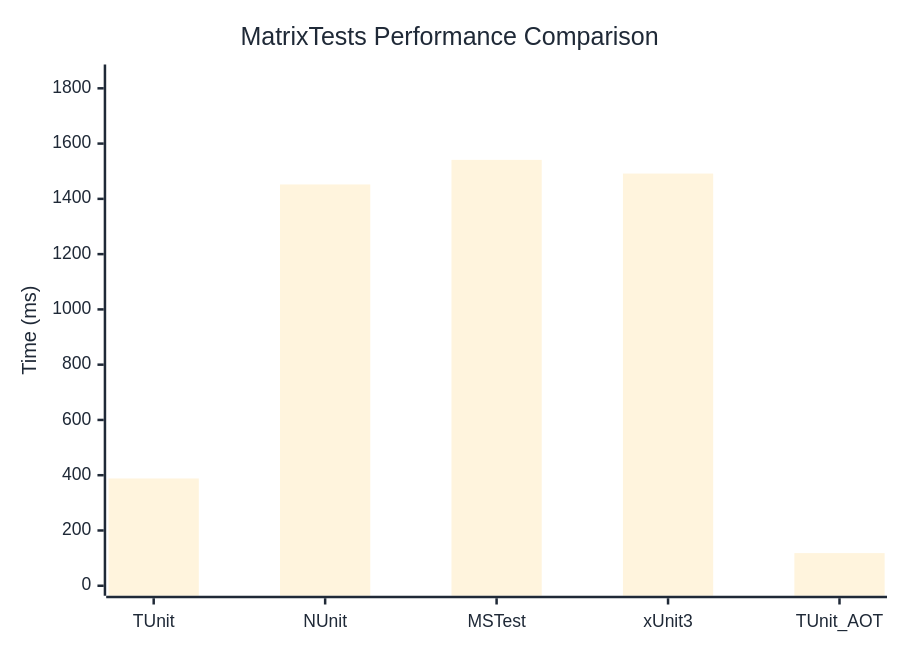
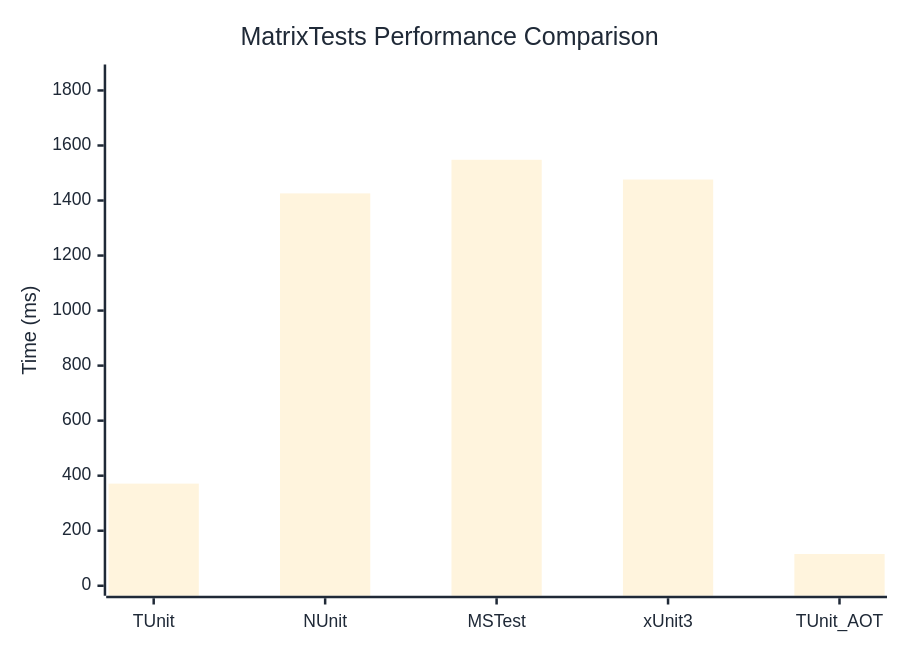
The diagram in docs/docs/benchmarks/engine/MatrixTests.md (thomhurst/TUnit), drawn with Mermaid before and after one commit. The commit also changed other lines of this file and 18 other files, not shown here.

````diff
--- a/docs/docs/benchmarks/engine/MatrixTests.md
+++ b/docs/docs/benchmarks/engine/MatrixTests.md
@@ -29,37 +29,37 @@
 ```mermaid
 %%{init: {
   'theme':'base',
   'themeVariables': {
     'primaryColor': '#2563eb',
     'primaryTextColor': '#1f2937',
     'primaryBorderColor': '#1e40af',
     'lineColor': '#6b7280',
     'secondaryColor': '#7c3aed',
     'tertiaryColor': '#dc2626',
     'background': '#ffffff',
     'mainBkg': '#2563eb',
     'secondBkg': '#7c3aed',
     'tertiaryBkg': '#dc2626',
     'clusterBkg': '#f3f4f6',
     'edgeLabelBackground': '#ffffff',
     'tertiaryTextColor': '#1f2937',
     'pie1': '#2563eb',
     'pie2': '#7c3aed',
     'pie3': '#dc2626',
     'pie4': '#f59e0b',
     'pie5': '#10b981',
     'pie6': '#06b6d4',
     'pie7': '#ec4899',
     'pie8': '#6366f1',
     'pie9': '#84cc16',
     'pie10': '#f97316',
     'pie11': '#14b8a6',
     'pie12': '#a855f7'
   }
 }}%%
 xychart-beta
   title "MatrixTests Performance Comparison"
   x-axis ["TUnit", "NUnit", "MSTest", "xUnit3", "TUnit_AOT"]
-  y-axis "Time (ms)" 0 --> 1850
-  bar [388.2, 1452.1, 1541.1, 1491.5, 118.1]
+  y-axis "Time (ms)" 0 --> 1858
+  bar [371.2, 1425.9, 1548, 1476.3, 115.4]
 ```
````
